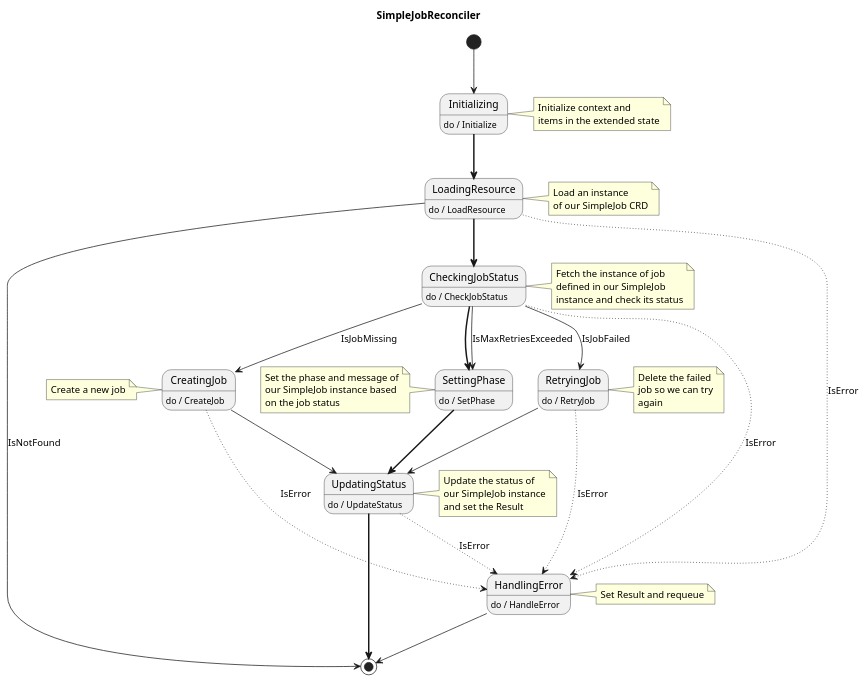
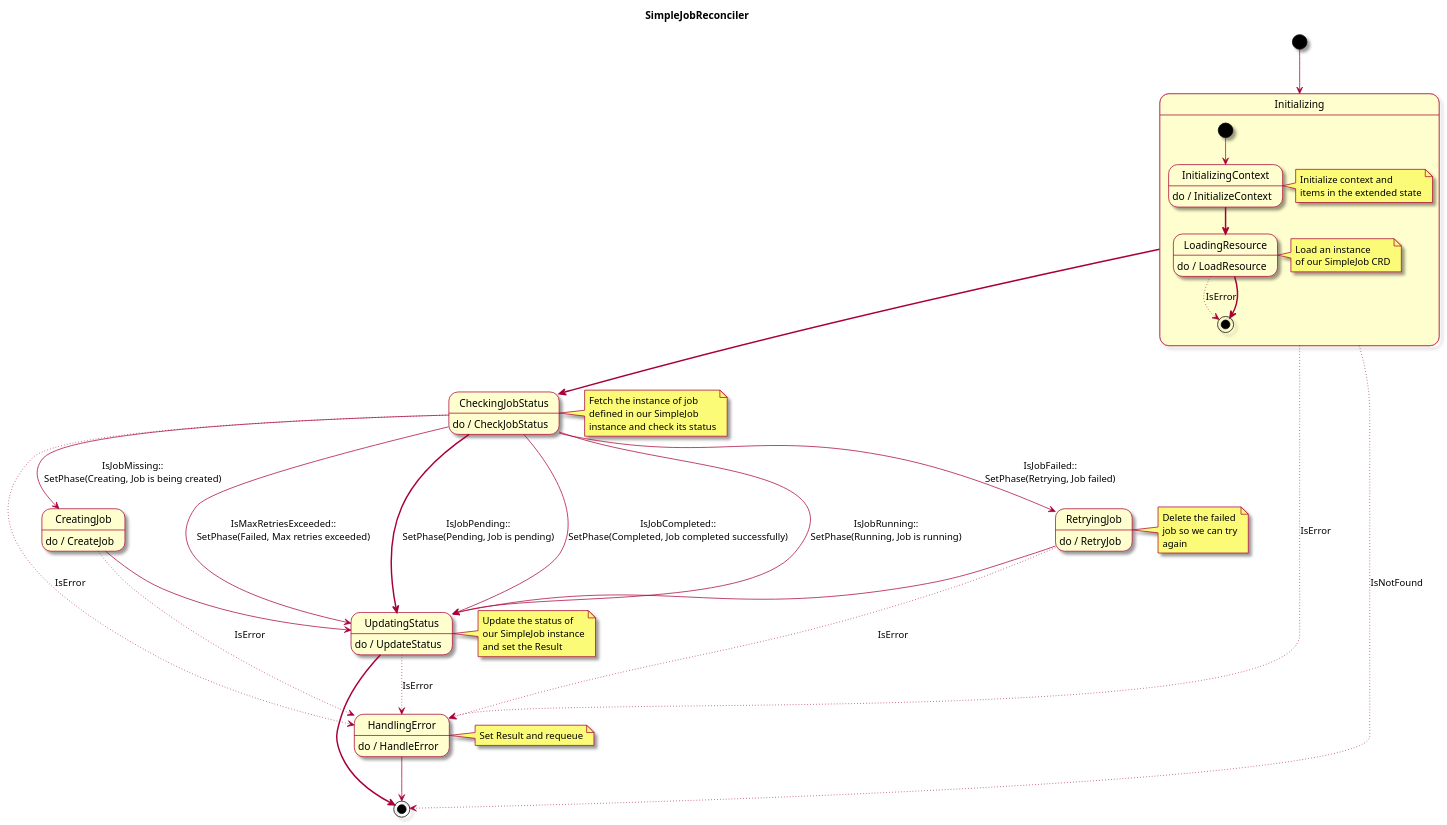
The diagram in docs/k8s-operator-guide.md (mhersson/vectorsigma), drawn with PlantUML before and after one commit. The commit also changed other lines of this file, not shown here.

First line of the commit message:
Upate k8s-operator-guide.md to include some more advanced UML

````diff
--- a/docs/k8s-operator-guide.md
+++ b/docs/k8s-operator-guide.md
@@ -146,34 +146,45 @@
 ```plantuml
 @startuml
+
+skin rose
 
 title SimpleJobReconciler
 
 [*] --> Initializing
 
-Initializing: do / Initialize
-Initializing -[bold]-> LoadingResource
+state Initializing {
+    [*] --> InitializingContext
 
-note right of Initializing
-  Initialize context and
-  items in the extended state
-end note
+    InitializingContext: do / InitializeContext
+    InitializingContext -[bold]-> LoadingResource
 
-LoadingResource: do / LoadResource
-LoadingResource -[dotted]-> HandlingError: IsError
-LoadingResource --> [*]: IsNotFound
-LoadingResource -[bold]-> CheckingJobStatus
+    note right of InitializingContext
+    Initialize context and
+    items in the extended state
+    end note
 
-note right of LoadingResource
-  Load an instance
-  of our SimpleJob CRD
-end note
+    LoadingResource: do / LoadResource
+    LoadingResource -[dotted]-> [*]: IsError
+    LoadingResource -[bold]-> [*]
+
+    note right of LoadingResource
+    Load an instance
+    of our SimpleJob CRD
+    end note
+}
+Initializing -[dotted]-> [*]: IsNotFound
+Initializing -[dotted]-> HandlingError: IsError
+Initializing -[bold]-> CheckingJobStatus
+
 
 CheckingJobStatus: do / CheckJobStatus
 CheckingJobStatus -[dotted]-> HandlingError: IsError
-CheckingJobStatus --> CreatingJob: IsJobMissing
-CheckingJobStatus --> SettingPhase: IsMaxRetriesExceeded
-CheckingJobStatus --> RetryingJob: IsJobFailed
-CheckingJobStatus -[bold]-> SettingPhase
+CheckingJobStatus --> CreatingJob: IsJobMissing::\nSetPhase(Creating, Job is being created)
+CheckingJobStatus --> UpdatingStatus: IsMaxRetriesExceeded::\nSetPhase(Failed, Max retries exceeded)
+CheckingJobStatus --> RetryingJob: IsJobFailed::\nSetPhase(Retrying, Job failed)
+CheckingJobStatus --> UpdatingStatus: IsJobCompleted::\nSetPhase(Completed, Job completed successfully)
+CheckingJobStatus --> UpdatingStatus: IsJobRunning::\nSetPhase(Running, Job is running)
+CheckingJobStatus -[bold]-> UpdatingStatus: IsJobPending::\nSetPhase(Pending, Job is pending)
 
 note right of CheckingJobStatus
   Fetch the instance of job
@@ -181,22 +192,9 @@
   instance and check its status
 end note
 
-SettingPhase: do / SetPhase
-SettingPhase -[bold]-> UpdatingStatus
-
-note left of SettingPhase
-  Set the phase and message of
-  our SimpleJob instance based
-  on the job status
-end note
-
 CreatingJob: do / CreateJob
 CreatingJob -[dotted]-> HandlingError: IsError
 CreatingJob --> UpdatingStatus
-
-note left of CreatingJob
-  Create a new job
-end note
 
 RetryingJob: do / RetryJob
 RetryingJob -[dotted]-> HandlingError: IsError
@@ -207,7 +205,6 @@
   job so we can try
   again
 end note
-
 
 UpdatingStatus: do / UpdateStatus
 UpdatingStatus -[dotted]-> HandlingError: IsError
````
